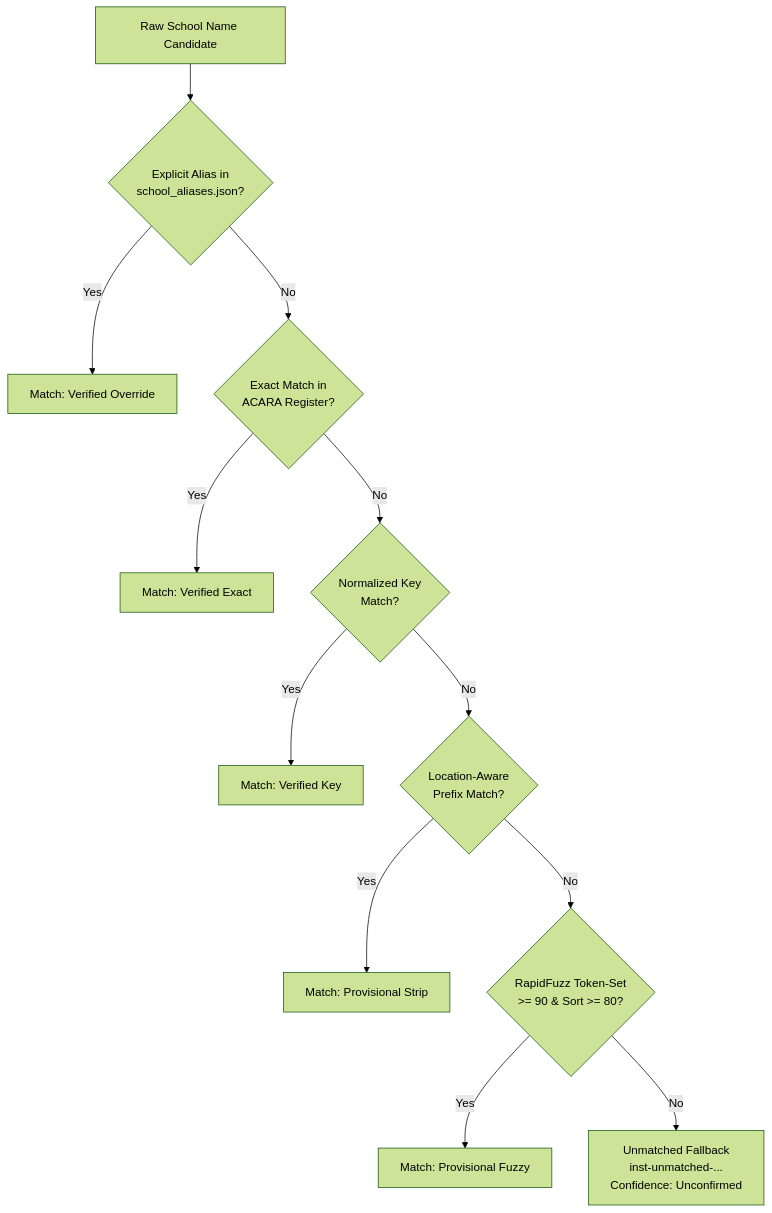
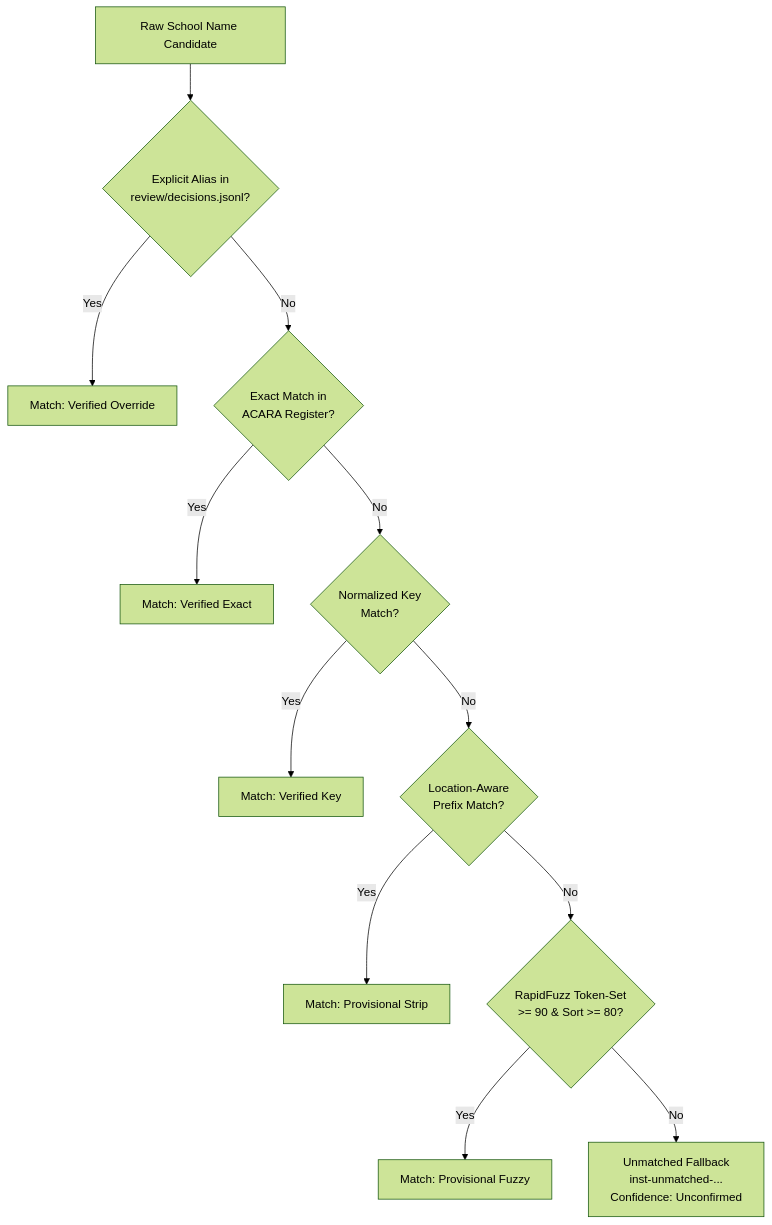
The diagram in docs/methodology.md (Mappboy/apemap), drawn with Mermaid (forest theme) before and after one commit. The commit also changed other lines of this file and 15 other files, not shown here.

````diff
--- a/docs/methodology.md
+++ b/docs/methodology.md
@@ -128,14 +128,14 @@
 ```mermaid
 flowchart TD
-    Raw[Raw School Name Candidate] --> Step0{Explicit Alias in<br/>school_aliases.json?}
+    Raw[Raw School Name Candidate] --> Step0{Explicit Alias in<br/>review/decisions.jsonl?}
     Step0 -- Yes --> Match0[Match: Verified Override]
     Step0 -- No --> Step1{Exact Match in<br/>ACARA Register?}
     Step1 -- Yes --> Match1[Match: Verified Exact]
     Step1 -- No --> Step2{Normalized Key<br/>Match?}
     Step2 -- Yes --> Match2[Match: Verified Key]
     Step2 -- No --> Step3{Location-Aware<br/>Prefix Match?}
     Step3 -- Yes --> Match3[Match: Provisional Strip]
     Step3 -- No --> Step4{RapidFuzz Token-Set<br/>>= 90 & Sort >= 80?}
     Step4 -- Yes --> Match4[Match: Provisional Fuzzy]
     Step4 -- No --> Step5[Unmatched Fallback<br/>inst-unmatched-...<br/>Confidence: Unconfirmed]
 ```
````
